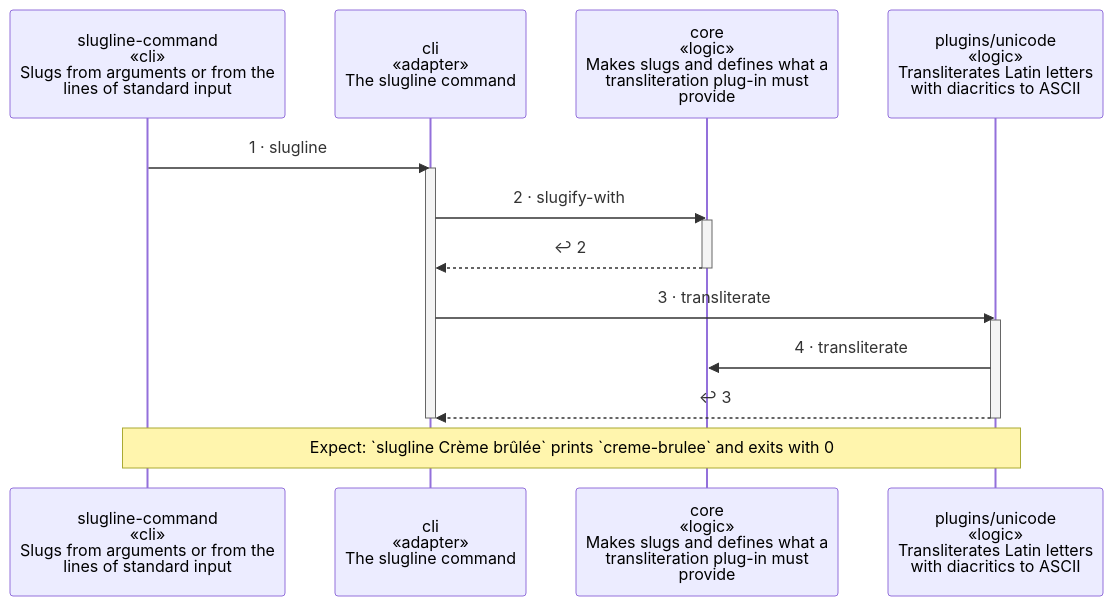
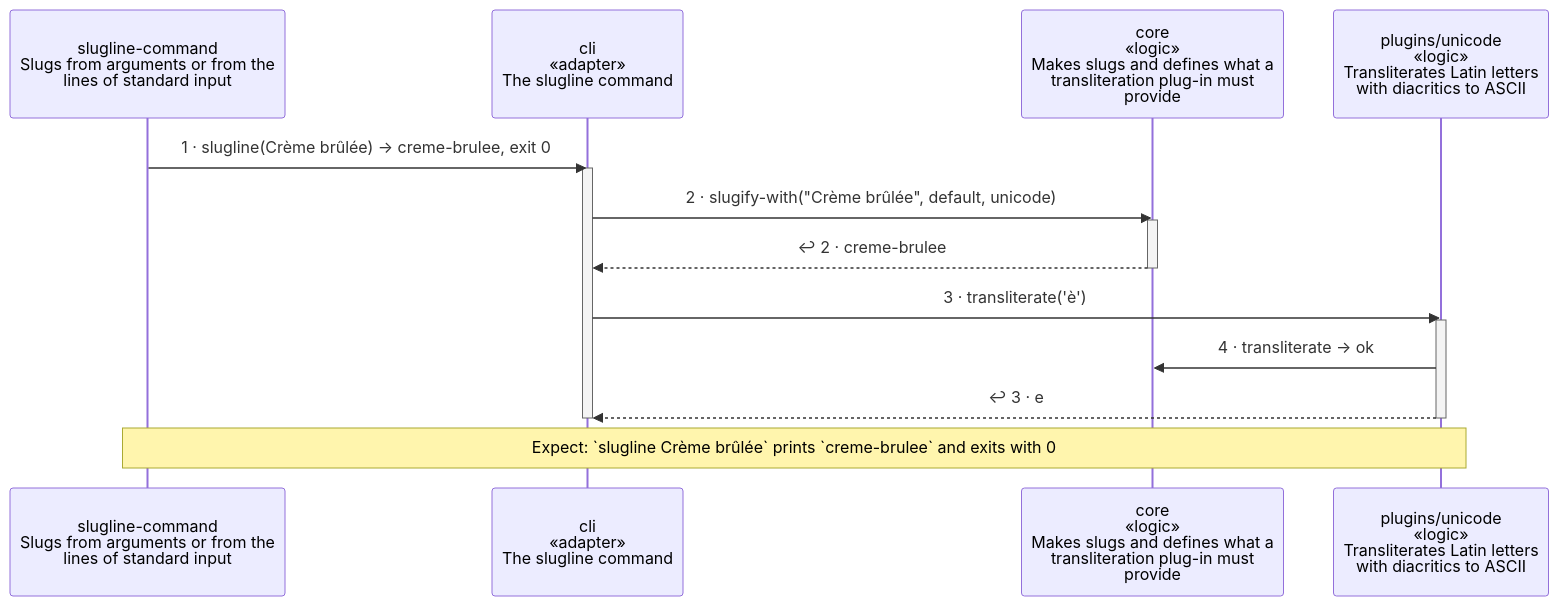
The diagram in examples/slugline/docs/diagrams/scenario-slug-from-arguments.md (wackazong/unifold), drawn with Mermaid before and after one commit. The commit also changed other lines of this file and 16 other files, not shown here.

````diff
--- a/examples/slugline/docs/diagrams/scenario-slug-from-arguments.md
+++ b/examples/slugline/docs/diagrams/scenario-slug-from-arguments.md
@@ -12,25 +12,25 @@
 ```mermaid
 ---
 config:
   sequence:
     height: 108
 ---
 sequenceDiagram
-  participant pslugline_dcommand as slugline-command<br/>«cli»<br/>Slugs from arguments or from the<br/>lines of standard input
+  participant pslugline_dcommand as slugline-command<br/>Slugs from arguments or from the<br/>lines of standard input
   participant pcli as cli<br/>«adapter»<br/>The slugline command
   participant pcore as core<br/>«logic»<br/>Makes slugs and defines what a<br/>transliteration plug-in must<br/>provide
   participant pplugins__unicode as plugins/unicode<br/>«logic»<br/>Transliterates Latin letters<br/>with diacritics to ASCII
-  pslugline_dcommand->>pcli: 1 · slugline
+  pslugline_dcommand->>pcli: 1 · slugline(Crème brûlée) → creme-brulee, exit 0
   activate pcli
-  pcli->>pcore: 2 · slugify-with
+  pcli->>pcore: 2 · slugify-with(#quot;Crème brûlée#quot;, default, unicode)
   activate pcore
-  pcore-->>pcli: ↩ 2
+  pcore-->>pcli: ↩ 2 · creme-brulee
   deactivate pcore
-  pcli->>pplugins__unicode: 3 · transliterate
+  pcli->>pplugins__unicode: 3 · transliterate('è')
   activate pplugins__unicode
-  pplugins__unicode->>pcore: 4 · transliterate
-  pplugins__unicode-->>pcli: ↩ 3
+  pplugins__unicode->>pcore: 4 · transliterate → ok
+  pplugins__unicode-->>pcli: ↩ 3 · e
   deactivate pplugins__unicode
   deactivate pcli
   Note over pslugline_dcommand,pplugins__unicode: wrap: Expect: `slugline Crème brûlée` prints `creme-brulee` and exits with 0
 ```
````
